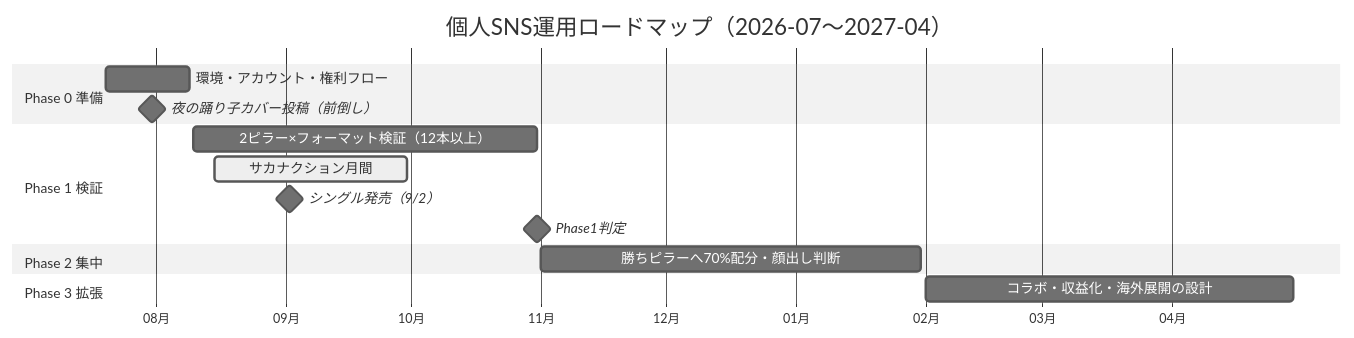
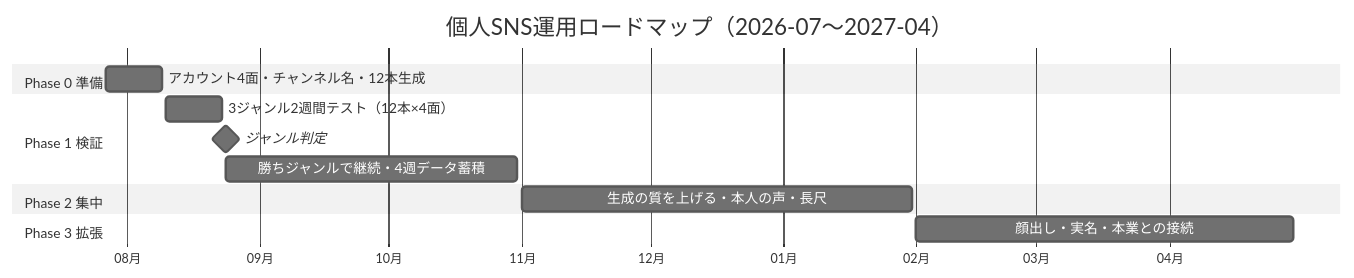
The diagram in docs/07_ロードマップ.md (bashaka-sawabe/personal-sns-operation), drawn with Mermaid (neutral theme) before and after one commit. The commit also changed other lines of this file and 10 other files, not shown here.

````diff
--- a/docs/07_ロードマップ.md
+++ b/docs/07_ロードマップ.md
@@ -5,18 +6,16 @@
 ```mermaid
 gantt
     title 個人SNS運用ロードマップ（2026-07〜2027-04）
     dateFormat YYYY-MM-DD
     axisFormat %m月
     section Phase 0 準備
-    環境・アカウント・権利フロー       :p0, 2026-07-20, 2026-08-09
-    夜の踊り子カバー投稿（前倒し）     :milestone, 2026-07-31, 0d
+    アカウント4面・チャンネル名・12本生成 :p0, 2026-07-27, 2026-08-09
     section Phase 1 検証
-    2ピラー×フォーマット検証（12本以上） :p1, 2026-08-10, 2026-10-31
-    サカナクション月間                 :active, 2026-08-15, 2026-09-30
-    シングル発売（9/2）               :milestone, 2026-09-02, 0d
-    Phase1判定                         :milestone, 2026-10-31, 0d
+    3ジャンル2週間テスト（12本×4面）    :p1, 2026-08-10, 2026-08-23
+    ジャンル判定                        :milestone, 2026-08-24, 0d
+    勝ちジャンルで継続・4週データ蓄積    :p1b, 2026-08-24, 2026-10-31
     section Phase 2 集中
-    勝ちピラーへ70%配分・顔出し判断    :p2, 2026-11-01, 2027-01-31
+    生成の質を上げる・本人の声・長尺     :p2, 2026-11-01, 2027-01-31
     section Phase 3 拡張
-    コラボ・収益化・海外展開の設計     :p3, 2027-02-01, 2027-04-30
+    顔出し・実名・本業との接続           :p3, 2027-02-01, 2027-04-30
 ```
````
